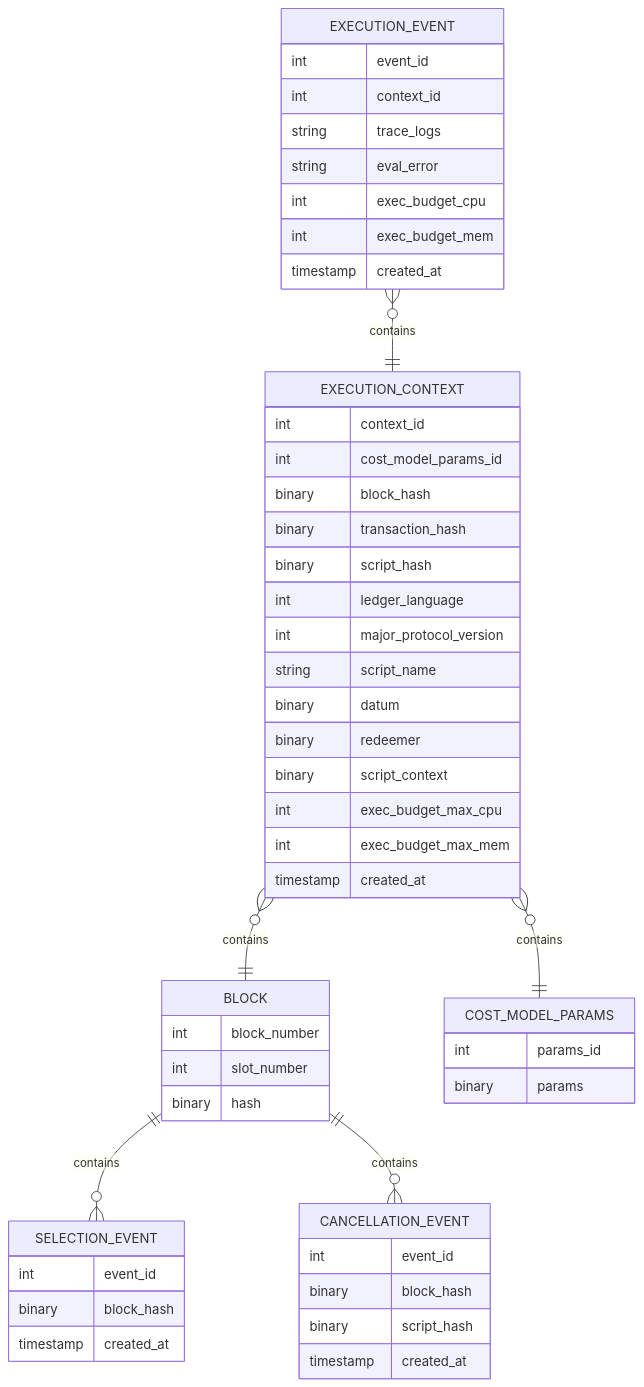
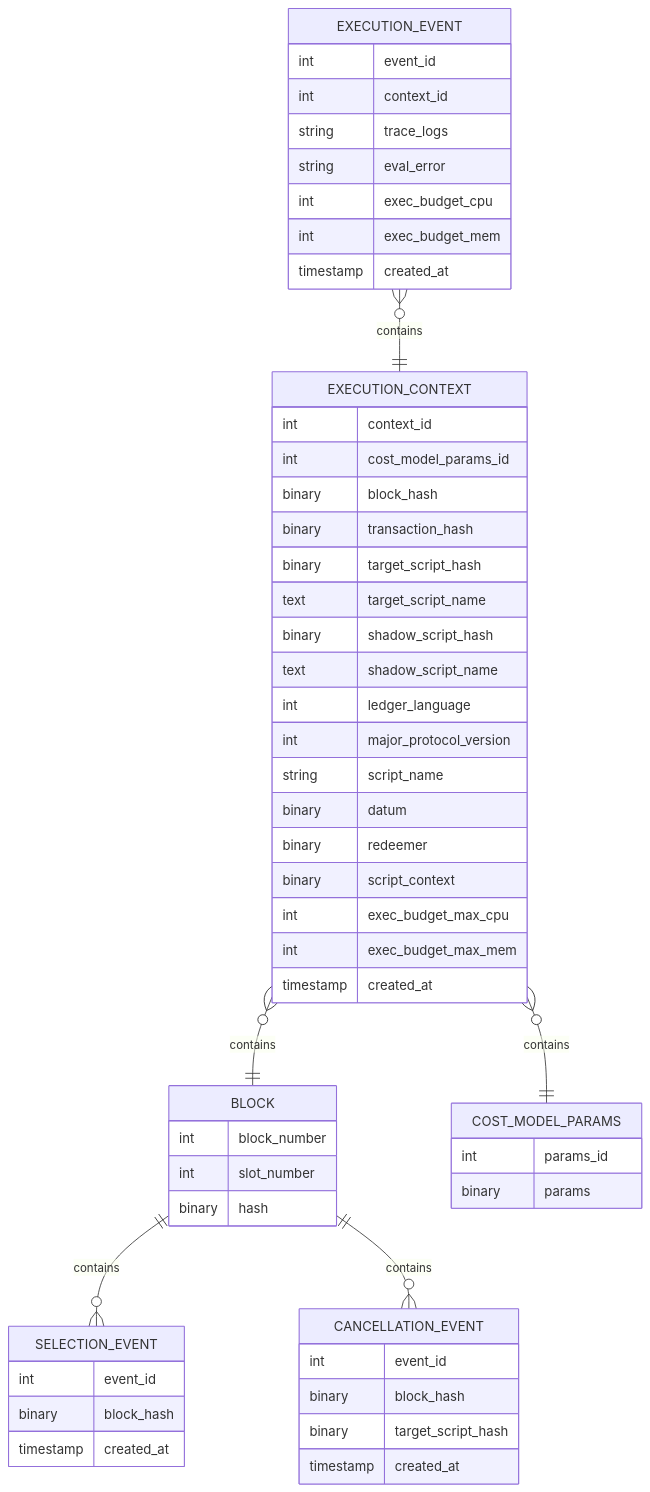
Before and after one commit to tweag/plutus-script-reexecutor: the second of 2 diagrams in docs/specification.md, drawn with Mermaid. The commit also changed other lines of this file and 18 other files, not shown here.

````diff
--- a/docs/specification.md
+++ b/docs/specification.md
@@ -472,53 +470,56 @@
 ```mermaid
 erDiagram
     EXECUTION_CONTEXT }o--|| BLOCK : contains
     EXECUTION_EVENT }o--|| EXECUTION_CONTEXT : contains
     EXECUTION_CONTEXT {
         int context_id
         int cost_model_params_id
         binary block_hash
         binary transaction_hash
-        binary script_hash
+        binary target_script_hash
+        text target_script_name
+        binary shadow_script_hash
+        text shadow_script_name
         int ledger_language
         int major_protocol_version
         string script_name
         binary datum 
         binary redeemer 
         binary script_context
         int exec_budget_max_cpu
         int exec_budget_max_mem 
         timestamp created_at
     }
     EXECUTION_EVENT {
         int event_id 
         int context_id 
         string trace_logs
         string eval_error 
         int exec_budget_cpu
         int exec_budget_mem 
         timestamp created_at
     }
     COST_MODEL_PARAMS {
         int params_id
         binary params
     }
     EXECUTION_CONTEXT }o--|| COST_MODEL_PARAMS : contains
     BLOCK ||--o{ SELECTION_EVENT : contains
     BLOCK ||--o{ CANCELLATION_EVENT : contains
     BLOCK {
         int block_number
         int slot_number
         binary hash
     }
     SELECTION_EVENT {
         int event_id 
         binary block_hash
         timestamp created_at
     }
     CANCELLATION_EVENT {
         int event_id 
         binary block_hash
-        binary script_hash 
+        binary target_script_hash 
         timestamp created_at
     }
 ```
````
